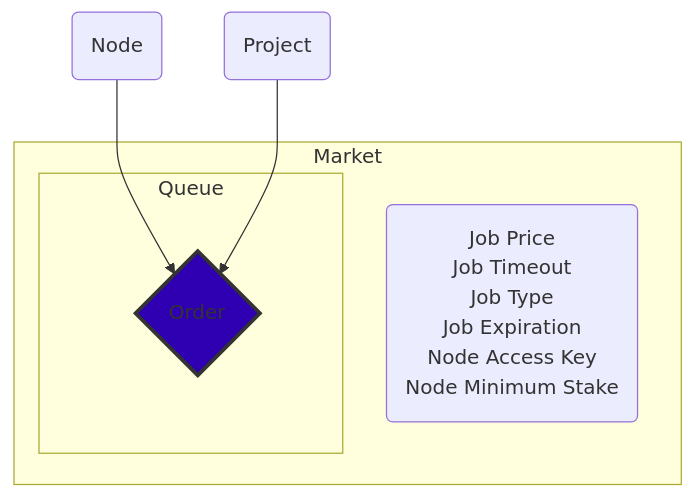
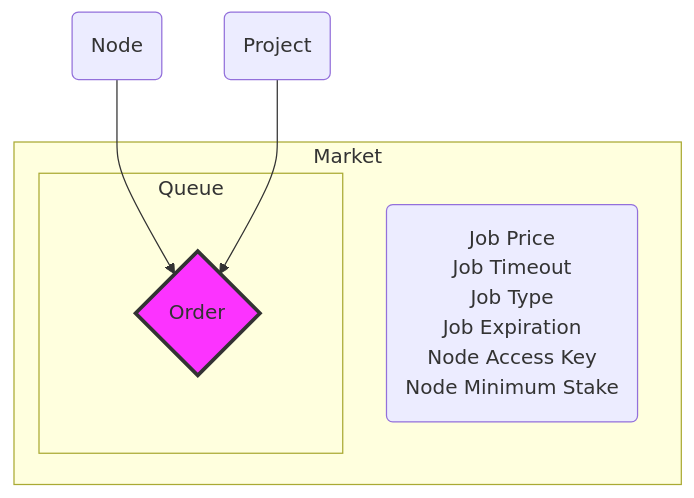
One commit to nosana-ci/docs.nosana.io changed the fourth of 4 diagrams in docs/programs/jobs.md. Above: the diagram before and after it, drawn with Mermaid. The commit also changed other lines of this file, not shown here.

````diff
--- a/docs/programs/jobs.md
+++ b/docs/programs/jobs.md
@@ -676,19 +711,19 @@
 ```mermaid
 flowchart TB
     subgraph Market
-        a(Job Price<br>Job Timeout<br>Job Type<br>Job Expiration<br>Node Access Key<br>Node Minimum Stake)
+        market(Job Price<br>Job Timeout<br>Job Type<br>Job Expiration<br>Node Access Key<br>Node Minimum Stake)
         subgraph Queue
-             o
+             order
         end
     end
 
-    n --> o
-    p --> o
+    node --> order
+    project --> order
 
-    n(Node)
-    p(Project)
-    o{Order}
+    node(Node)
+    project(Project)
+    order{Order}
 
-    classDef brown fill:#2e00b1,stroke:#333,stroke-width:3px;
-    class o brown;
+    classDef purple fill:#FC33FF,stroke:#333,stroke-width:3px;
+    class order purple;
 ```
````
